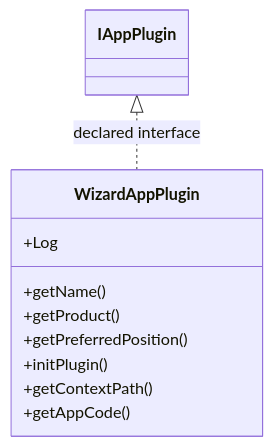
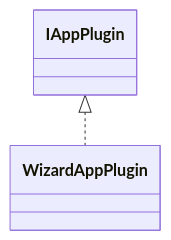
One commit to haruperi/HaruQuantAI changed the diagram in docs/sqx/AlgoWizard/AppWizard.md. Above: the diagram before and after it, drawn with Mermaid. The commit also changed other lines of this file and 1688 other files, not shown here.

````diff
--- a/docs/sqx/AlgoWizard/AppWizard.md
+++ b/docs/sqx/AlgoWizard/AppWizard.md
@@ -30,14 +26,6 @@
 ```mermaid
 classDiagram
-    class Cb8ae292acab3["WizardAppPlugin"] {
-        +Log
-        +getName()
-        +getProduct()
-        +getPreferredPosition()
-        +initPlugin()
-        +getContextPath()
-        +getAppCode()
-    }
-    class C71ae2af47347["IAppPlugin"]
-    C71ae2af47347 <|.. Cb8ae292acab3 : declared interface
+    class C0["WizardAppPlugin"]
+    class E0["IAppPlugin"]
+    E0 <|.. C0
 ```
````
